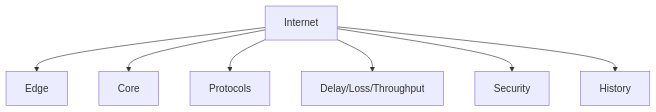
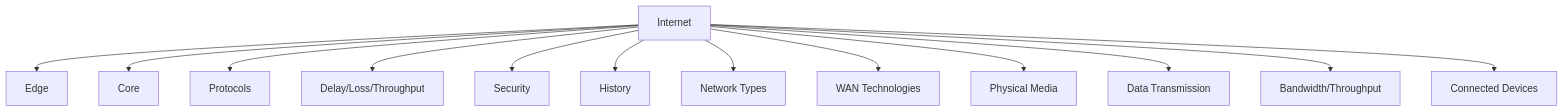
Before and after one commit to Attash2312/cntheory: the diagram in ch1/1.8_Summary.md, drawn with Mermaid. The commit also changed other lines of this file and 10 other files, not shown here.

````diff
--- a/ch1/1.8_Summary.md
+++ b/ch1/1.8_Summary.md
@@ -23,10 +36,16 @@
 ```mermaid
 graph TD
   A[Internet]
   A --> B[Edge]
   A --> C[Core]
   A --> D[Protocols]
   A --> E[Delay/Loss/Throughput]
   A --> F[Security]
   A --> G[History]
+  A --> H[Network Types]
+  A --> I[WAN Technologies]
+  A --> J[Physical Media]
+  A --> K[Data Transmission]
+  A --> L[Bandwidth/Throughput]
+  A --> M[Connected Devices]
 ```
````
